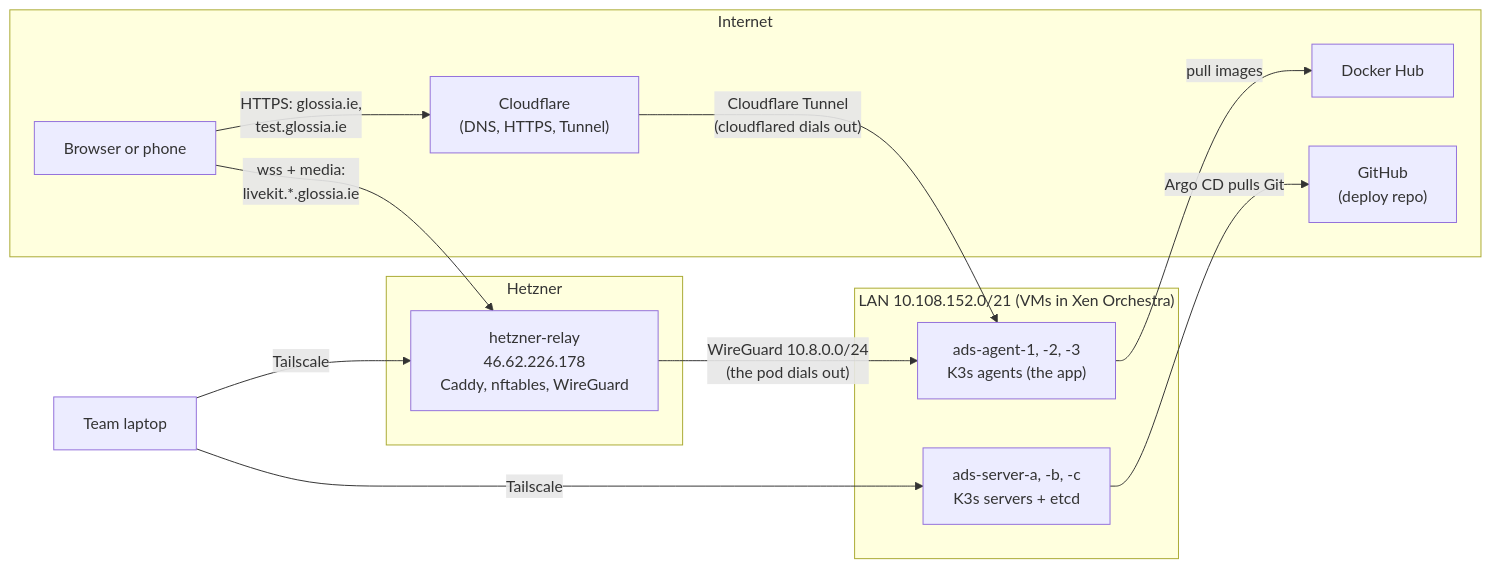
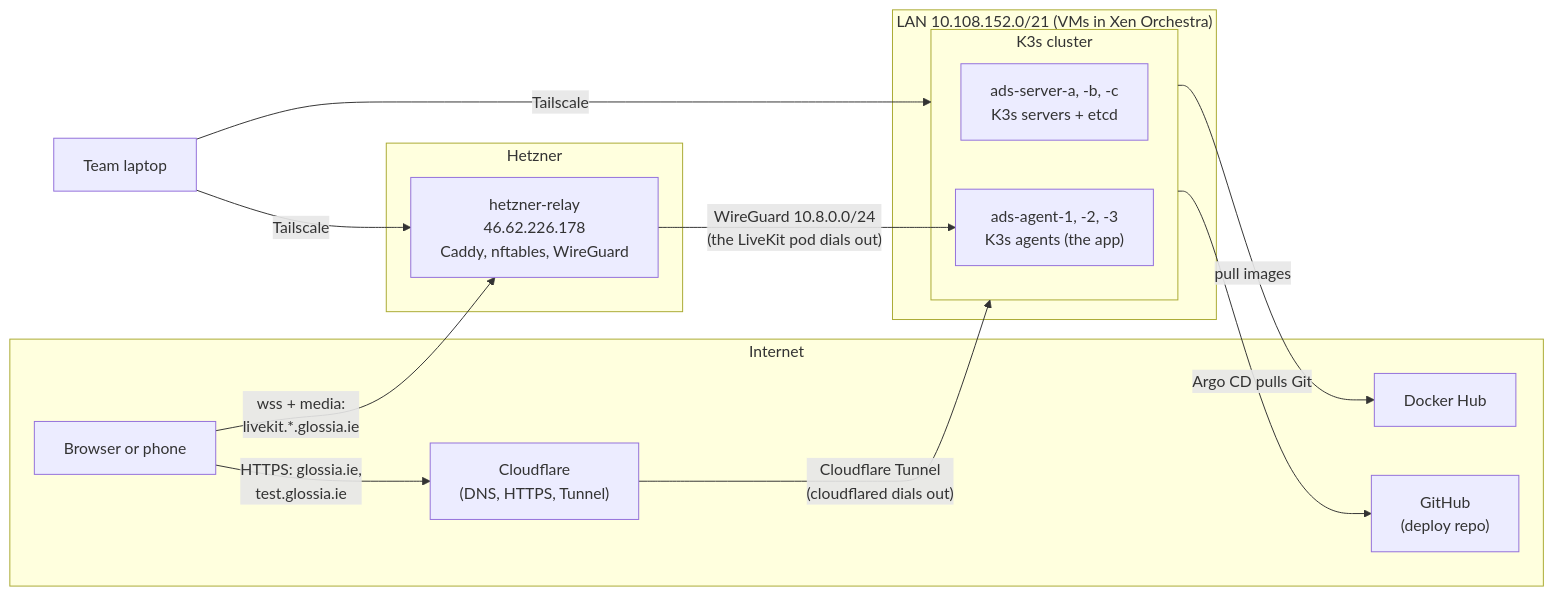
The first of 2 diagrams in docs/infrastructure.md (WH1TE-SHAD0W/ai-dubbing-studio), drawn with Mermaid before and after one commit.

Commit message:
docs: Infrastructure diagram points the tunnel, Git and images at the whole cluster (YGP-93)
cloudflared and Argo CD run on servers and agents alike, so only the
LiveKit tunnel still points at the agents.

````diff
--- a/docs/infrastructure.md
+++ b/docs/infrastructure.md
@@ -15,26 +15,28 @@
 ```mermaid
 flowchart LR
     subgraph internet["Internet"]
         user["Browser or phone"]
         cf["Cloudflare<br>(DNS, HTTPS, Tunnel)"]
         dh["Docker Hub"]
         gh["GitHub<br>(deploy repo)"]
     end
     subgraph hetzner["Hetzner"]
         relay["hetzner-relay<br>46.62.226.178<br>Caddy, nftables, WireGuard"]
     end
     subgraph lan["LAN 10.108.152.0/21 (VMs in Xen Orchestra)"]
-        servers["ads-server-a, -b, -c<br>K3s servers + etcd"]
-        agents["ads-agent-1, -2, -3<br>K3s agents (the app)"]
+        subgraph cluster["K3s cluster"]
+            servers["ads-server-a, -b, -c<br>K3s servers + etcd"]
+            agents["ads-agent-1, -2, -3<br>K3s agents (the app)"]
+        end
     end
     team["Team laptop"]
 
     user -- "HTTPS: glossia.ie,<br>test.glossia.ie" --> cf
-    cf -- "Cloudflare Tunnel<br>(cloudflared dials out)" --> agents
+    cf -- "Cloudflare Tunnel<br>(cloudflared dials out)" --> cluster
     user -- "wss + media:<br>livekit.*.glossia.ie" --> relay
-    relay -- "WireGuard 10.8.0.0/24<br>(the pod dials out)" --> agents
-    agents -- "pull images" --> dh
-    servers -- "Argo CD pulls Git" --> gh
-    team -- "Tailscale" --> servers
+    relay -- "WireGuard 10.8.0.0/24<br>(the LiveKit pod dials out)" --> agents
+    cluster -- "pull images" --> dh
+    cluster -- "Argo CD pulls Git" --> gh
+    team -- "Tailscale" --> cluster
     team -- "Tailscale" --> relay
 ```
````
